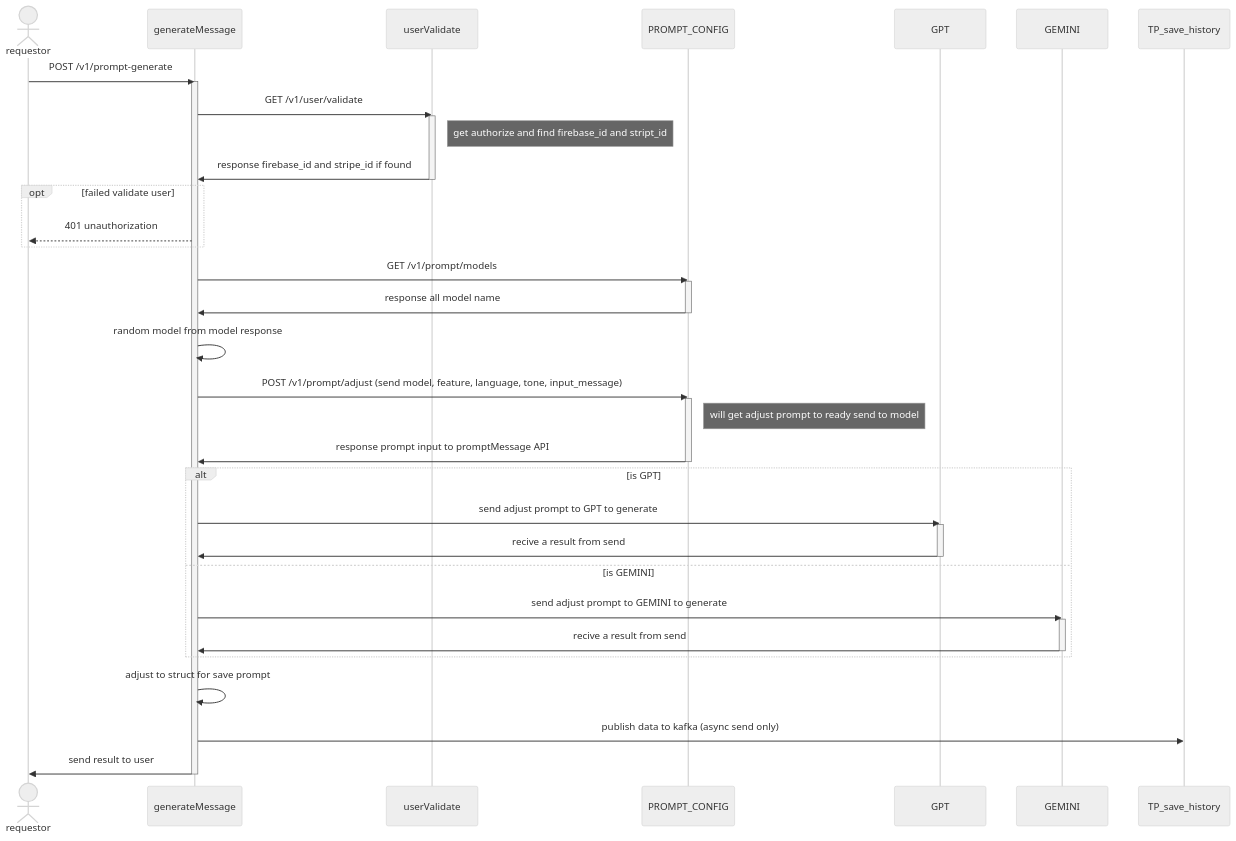
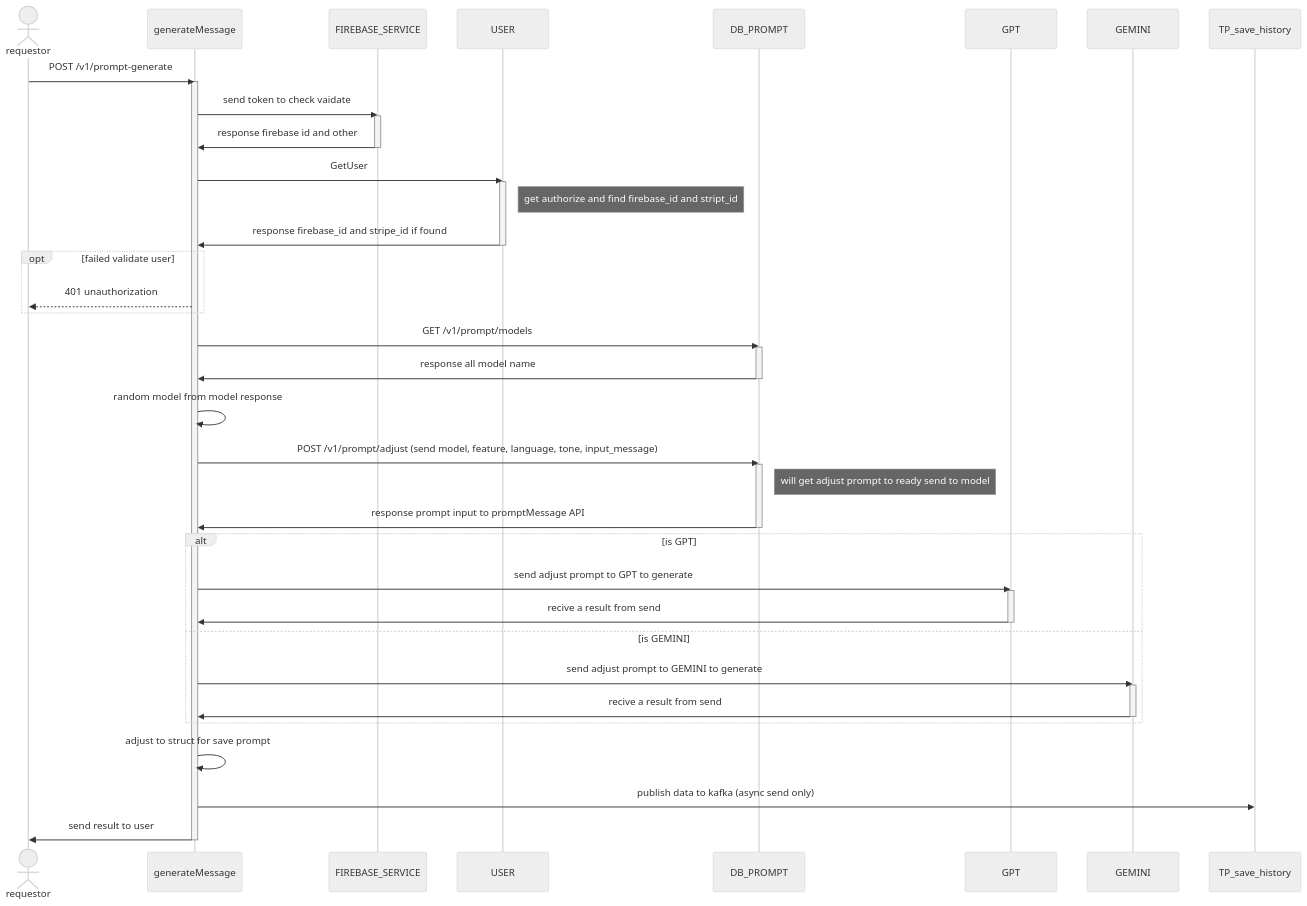
The diagram in systemFlow/prompt-generate/generage-message.md (promptlabth/docs-of-all), drawn with Mermaid (neutral theme) before and after one commit. The commit also changed 1 other file, not shown here.

Commit message:
add login format to user Service

````diff
--- a/systemFlow/prompt-generate/generage-message.md
+++ b/systemFlow/prompt-generate/generage-message.md
@@ -5,55 +5,60 @@
 ```mermaid
 sequenceDiagram
     actor req as requestor
     participant gen as generateMessage
-    participant valid as userValidate
-    participant prompt as PROMPT_CONFIG
+    participant firebase as FIREBASE_SERVICE
+    participant valid as USER
+    participant prompt as DB_PROMPT
     participant GPT
     participant GEMINI
     participant kafka as TP_save_history
 
     req ->> gen: POST /v1/prompt-generate
     activate gen
-    gen ->> valid: GET /v1/user/validate
+    gen ->> firebase: send token to check vaidate
+    activate firebase
+    firebase ->> gen : response firebase id and other
+    deactivate firebase
+    gen ->> valid: GetUser
     activate valid
     Note right of valid: get authorize and find firebase_id and stript_id
     valid ->> gen : response firebase_id and stripe_id if found
     deactivate valid
     opt failed validate user
         gen -->> req: 401 unauthorization
     end
 
     gen ->> prompt: GET /v1/prompt/models
     activate prompt
         prompt ->> gen: response all model name
     deactivate prompt
 
     gen ->> gen: random model from model response
 
     gen ->> prompt: POST /v1/prompt/adjust (send model, feature, language, tone, input_message)
     activate prompt
         Note right of prompt: will get adjust prompt to ready send to model
         prompt ->> gen: response prompt input to promptMessage API
     deactivate prompt
     alt is GPT  
         gen ->> GPT: send adjust prompt to GPT to generate
         activate GPT
         GPT ->> gen: recive a result from send
         deactivate GPT
     else is GEMINI
         gen ->> GEMINI: send adjust prompt to GEMINI to generate
         activate GEMINI
         GEMINI ->> gen: recive a result from send
         deactivate GEMINI
     end 
 
     gen ->> gen: adjust to struct for save prompt
     gen ->> kafka : publish data to kafka (async send only)
 
     gen ->> req: send result to user
     deactivate gen
 
     
 
 
 ```
````
